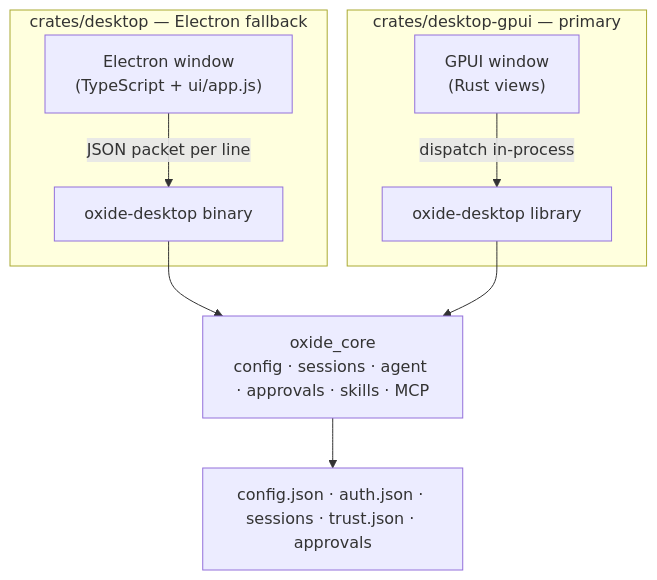
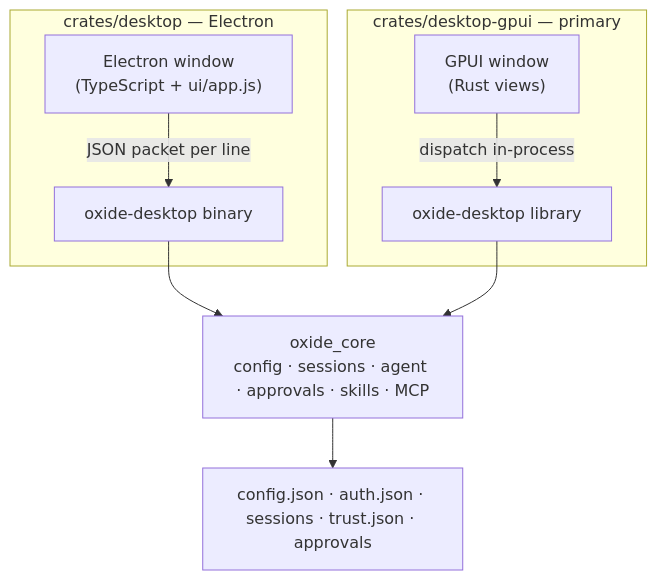
Before and after one commit to jaysonwu991/oxide: the diagram in docs/desktop-gpui.md, drawn with Mermaid. The commit also changed other lines of this file and 23 other files, not shown here.

First line of the commit message:
feat(desktop): align GPUI welcome/update with Electron, rename Electron labels (#333)

````diff
--- a/docs/desktop-gpui.md
+++ b/docs/desktop-gpui.md
@@ -16,12 +16,12 @@
 ```mermaid
 graph TD
-    subgraph fallback["crates/desktop — Electron fallback"]
+    subgraph fallback["crates/desktop — Electron"]
         Electron["Electron window<br/>(TypeScript + ui/app.js)"] -->|JSON packet per line| Harness["oxide-desktop binary"]
     end
     subgraph primary["crates/desktop-gpui — primary"]
         GPUI["GPUI window<br/>(Rust views)"] -->|dispatch in-process| Lib["oxide-desktop library"]
     end
     Harness --> Engine["oxide_core<br/>config · sessions · agent · approvals · skills · MCP"]
     Lib --> Engine
     Engine --> Store["config.json · auth.json · sessions · trust.json · approvals"]
 ```
````
